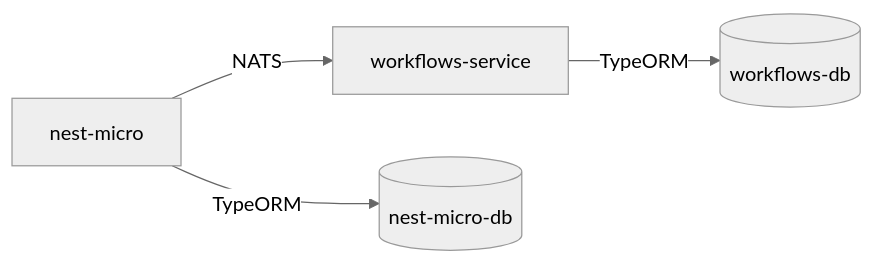
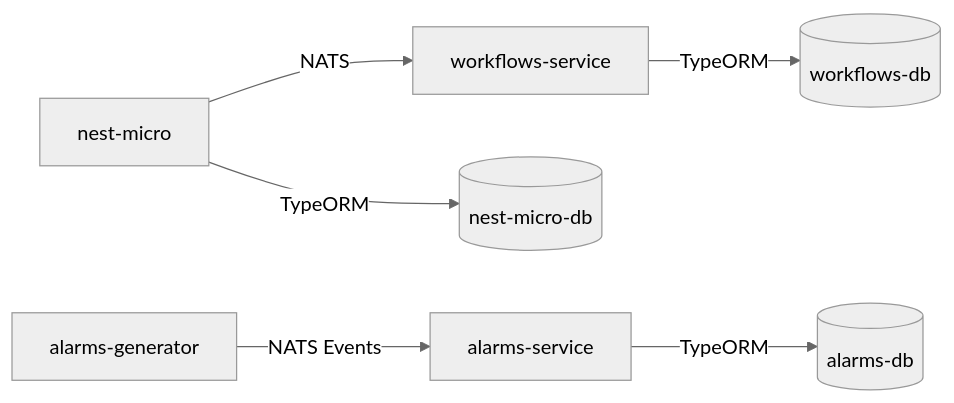
One commit to lvb2104/nest-microservices changed the diagram in README.md. Above: the diagram before and after it, drawn with Mermaid (neutral theme). The commit also changed other lines of this file, not shown here.

Commit message:
docs: update README to include alarms-generator and alarms-service details, and clarify event-based communication patterns

````diff
--- a/README.md
+++ b/README.md
@@ -20,6 +22,8 @@
 ```mermaid
 graph LR
     A[nest-micro] -->|NATS| B[workflows-service]
-    A -->|TypeORM| C[(nest-micro-db)]
-    B -->|TypeORM| D[(workflows-db)]
+    C[alarms-generator] -->|NATS Events| D[alarms-service]
+    A -->|TypeORM| E[(nest-micro-db)]
+    B -->|TypeORM| F[(workflows-db)]
+    D -->|TypeORM| G[(alarms-db)]
 ```
````
